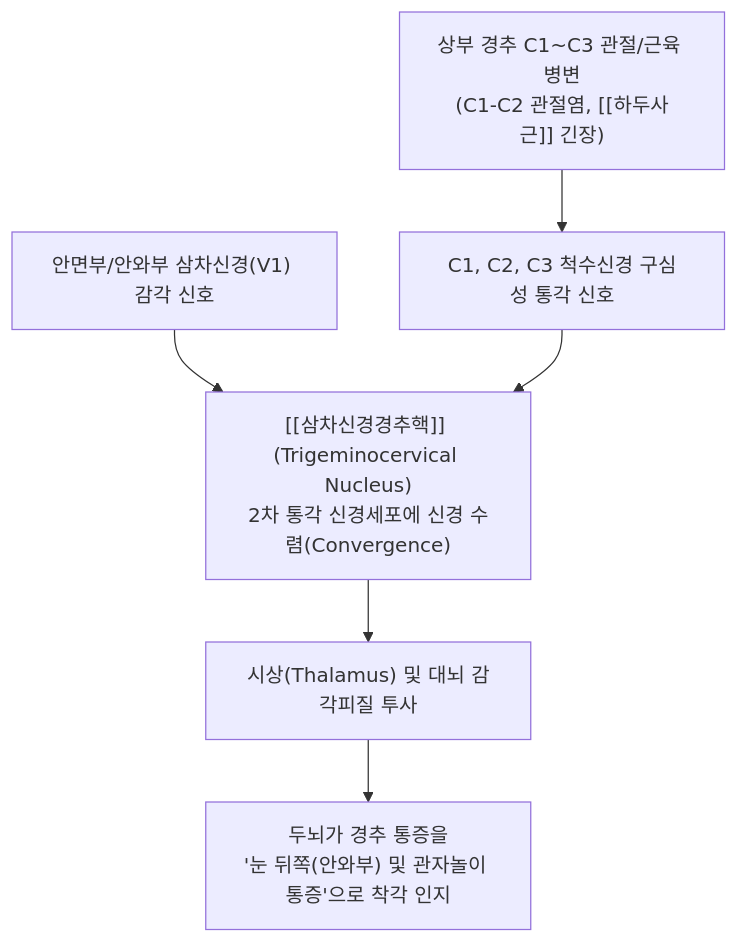
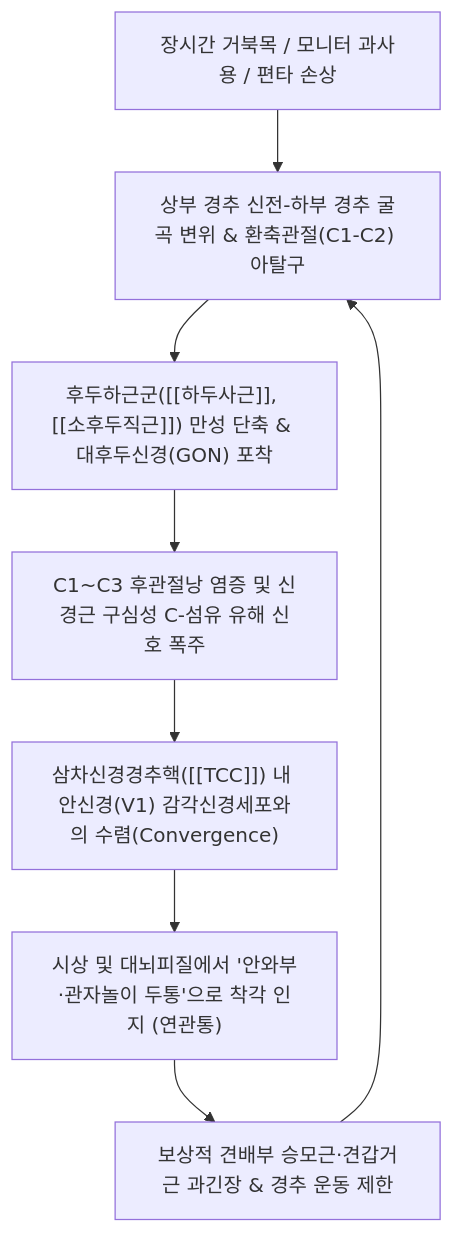
One commit to simbio11/simbio-digital-garden2 changed the diagram in content/3. 이론 공부/질환/신경계 질환/경추성 두통.md. Above: the diagram before and after it, drawn with Mermaid. The commit also changed other lines of this file and 4565 other files, not shown here.

````diff
--- a/content/3. 이론 공부/질환/신경계 질환/경추성 두통.md
+++ b/content/3. 이론 공부/질환/신경계 질환/경추성 두통.md
@@ -45,9 +61,10 @@
 ```mermaid
 graph TD
-    CervicalPath["상부 경추 C1~C3 관절/근육 병변<br>(C1-C2 관절염, [[하두사근]] 긴장)"] --> Afferents["C1, C2, C3 척수신경 구심성 통각 신호"]
-    Trigeminal["안면부/안와부 삼차신경(V1) 감각 신호"] --> TNC["[[삼차신경경추핵]] (Trigeminocervical Nucleus)<br>2차 통각 신경세포에 신경 수렴(Convergence)"]
-    Afferents --> TNC
-    
-    TNC --> Thalamus["시상(Thalamus) 및 대뇌 감각피질 투사"]
-    Thalamus --> Perception["두뇌가 경추 통증을<br>'눈 뒤쪽(안와부) 및 관자놀이 통증'으로 착각 인지"]
+    A["장시간 거북목 / 모니터 과사용 / 편타 손상"] --> B["상부 경추 신전-하부 경추 굴곡 변위 & 환축관절(C1-C2) 아탈구"]
+    B --> C["후두하근군([[하두사근]], [[소후두직근]]) 만성 단축 & 대후두신경(GON) 포착"]
+    C --> D["C1~C3 후관절낭 염증 및 신경근 구심성 C-섬유 유해 신호 폭주"]
+    D --> E["삼차신경경추핵([[TCC]]) 내 안신경(V1) 감각신경세포와의 수렴(Convergence)"]
+    E --> F["시상 및 대뇌피질에서 '안와부·관자놀이 두통'으로 착각 인지 (연관통)"]
+    F --> G["보상적 견배부 승모근·견갑거근 과긴장 & 경추 운동 제한"]
+    G --> B
 ```
````
